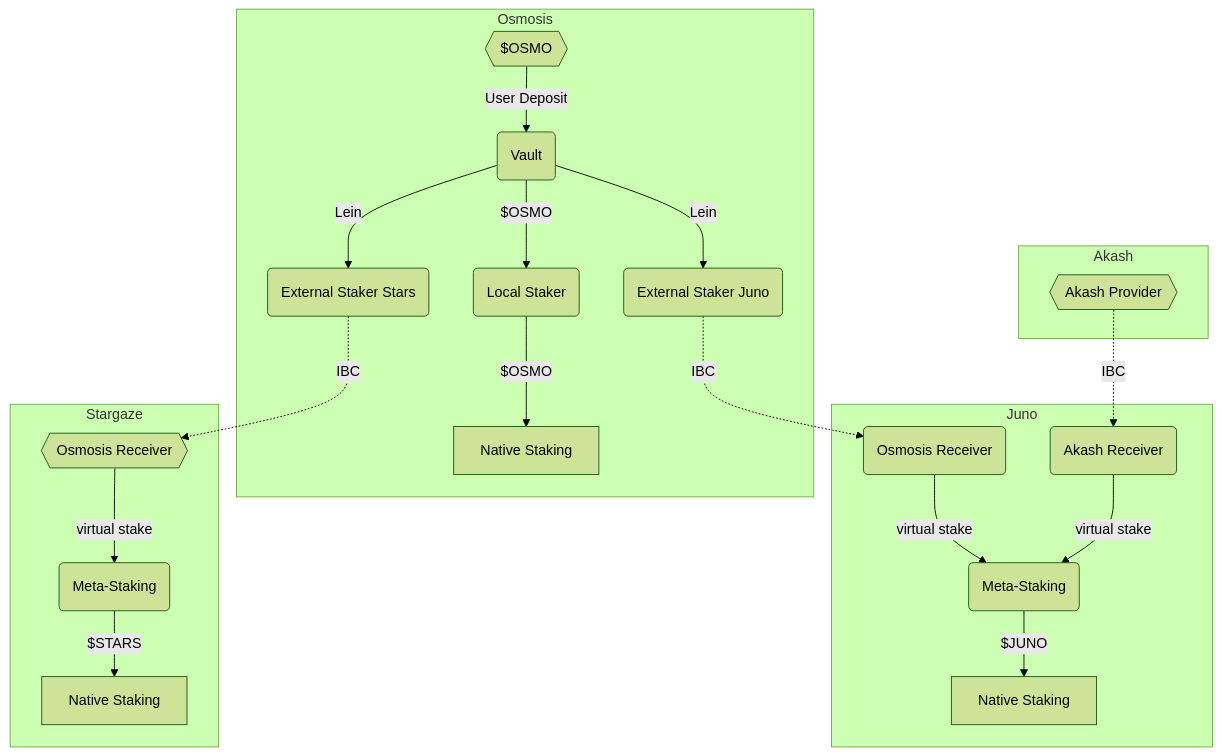
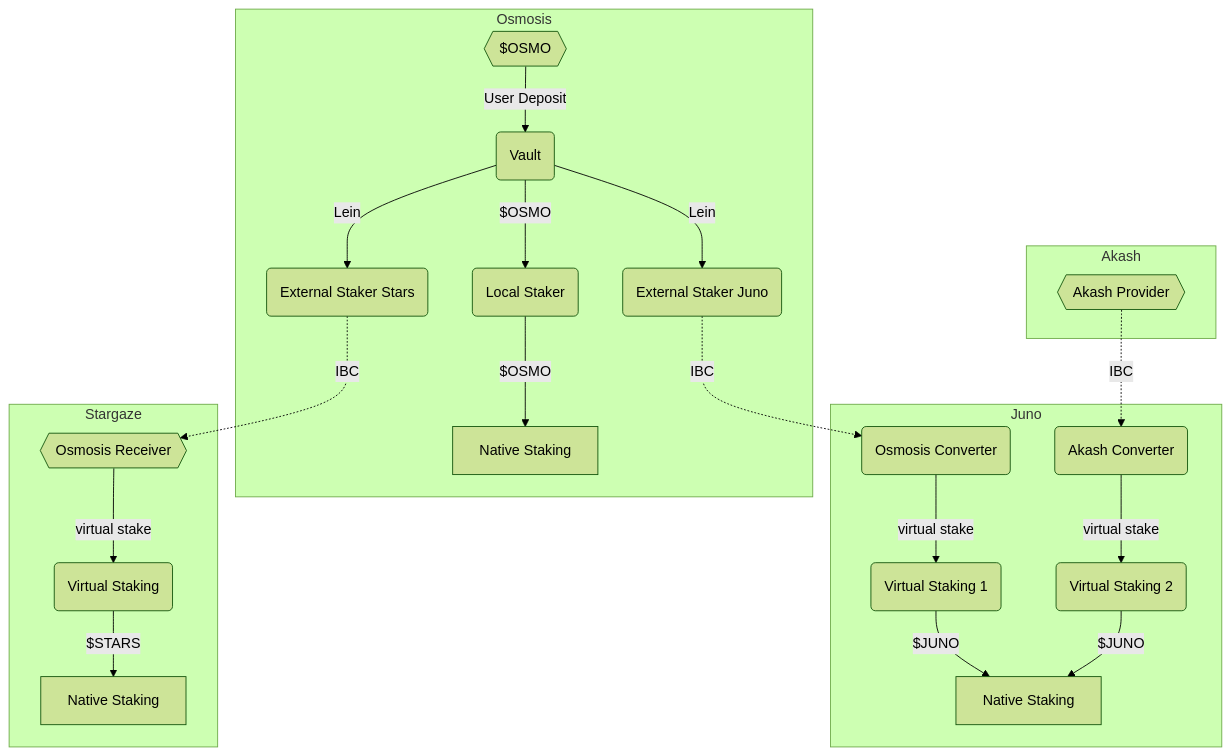
Before and after one commit to CosmWasm/mesh-security-hackathon: the diagram in docs/README.md, drawn with Mermaid. The commit also changed other lines of this file and 4 other files, not shown here.

Commit message:
Improve naming and diagrams, Receiver -> Converter

````diff
--- a/docs/README.md
+++ b/docs/README.md
@@ -8,33 +8,33 @@
 ```mermaid
 flowchart TD
   %%{init: {'theme': 'forest'}}%%
   
   subgraph Osmosis
   A{{$OSMO}} -- User Deposit --> B(Vault);
   B -- $OSMO --> C(Local Staker);
   C -- $OSMO --> D[Native Staking]
   B -- Lein --> E(External Staker Juno);
   B -- Lein --> G(External Staker Stars);
   end
   
   E -. IBC .-> M;
   H -. IBC .-> N;
 
   subgraph Akash
   H{{Akash Provider}};
   end
 
   subgraph Juno
-  M(Osmosis Receiver) -- virtual stake --> O(Meta-Staking);
-  N(Akash Receiver) -- virtual stake --> O(Meta-Staking);
-  O -- $JUNO --> P[Native Staking];
+  M(Osmosis Converter) -- virtual stake --> O(Virtual Staking 1);
+  N(Akash Converter) -- virtual stake --> P(Virtual Staking 2);
+  O & P -- $JUNO --> Q[Native Staking];
   end
 
   G -. IBC .-> R;
 
   subgraph Stargaze
-  R{{Osmosis Receiver}} -- virtual stake --> S(Meta-Staking);
+  R{{Osmosis Receiver}} -- virtual stake --> S(Virtual Staking);
   S -- $STARS --> T[Native Staking];
   end
 
 ```
````
